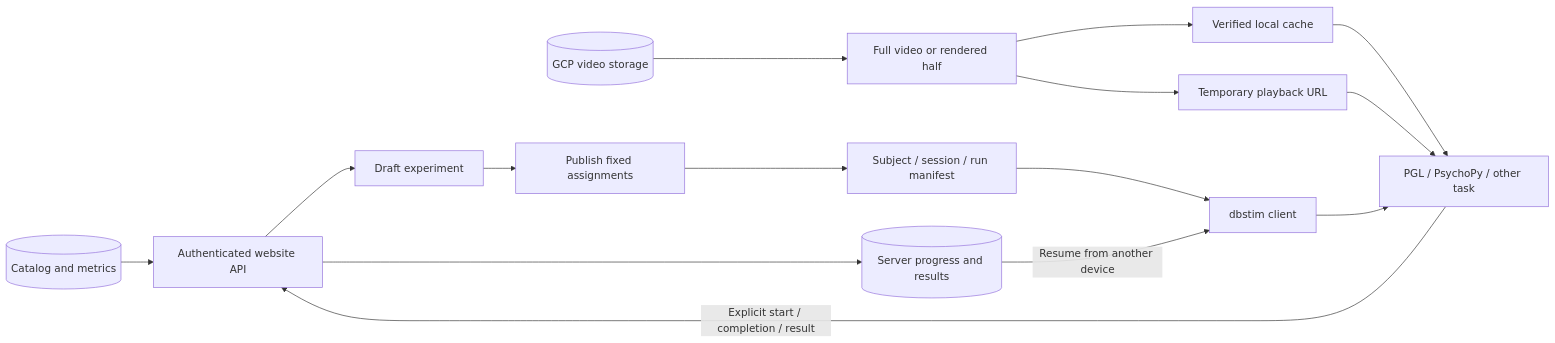
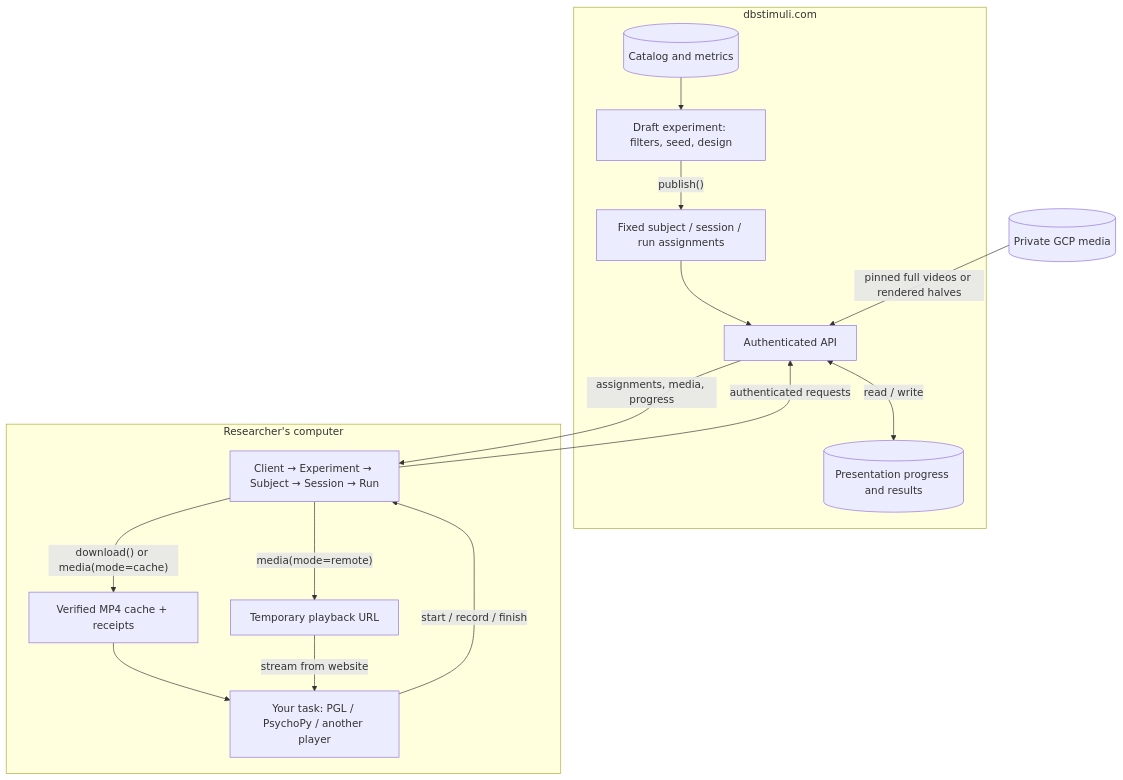
Before and after one commit to StanfordDigitalBrainProject/dbstim: the first of 2 diagrams in docs/server-to-local-flow.md, drawn with Mermaid. The commit also changed other lines of this file and 1 other file, not shown here.

Commit message:
Document dbstim objects, media flow and session recovery

````diff
--- a/docs/server-to-local-flow.md
+++ b/docs/server-to-local-flow.md
@@ -3,17 +9,23 @@
 ```mermaid
-flowchart LR
-    Catalog[(Catalog and metrics)] --> API[Authenticated website API]
-    API --> Draft[Draft experiment]
-    Draft --> Publish[Publish fixed assignments]
-    Publish --> Manifest[Subject / session / run manifest]
-    Manifest --> SDK[dbstim client]
-    GCP[(GCP video storage)] --> Render[Full video or rendered half]
-    Render --> Local[Verified local cache]
-    Render --> Remote[Temporary playback URL]
-    Local --> Task[PGL / PsychoPy / other task]
-    Remote --> Task
-    SDK --> Task
-    Task -->|Explicit start / completion / result| API
-    API --> Events[(Server progress and results)]
-    Events -->|Resume from another device| SDK
+flowchart TB
+    subgraph Server["dbstimuli.com"]
+        Catalog[(Catalog and metrics)] --> Draft["Draft experiment: filters, seed, design"]
+        Draft -->|"publish()"| Manifest["Fixed subject / session / run assignments"]
+        Manifest --> API["Authenticated API"]
+        API <-->|"read / write"| Progress[(Presentation progress and results)]
+    end
+    GCP[(Private GCP media)] -->|"pinned full videos or rendered halves"| API
+    subgraph Computer["Researcher's computer"]
+        SDK["Client → Experiment → Subject → Session → Run"]
+        Local["Verified MP4 cache + receipts"]
+        Remote["Temporary playback URL"]
+        Task["Your task: PGL / PsychoPy / another player"]
+        SDK -->|"download() or media(mode=cache)"| Local
+        SDK -->|"media(mode=remote)"| Remote
+        Local --> Task
+        Remote -->|"stream from website"| Task
+        Task -->|"start / record / finish"| SDK
+    end
+    API -->|"assignments, media, progress"| SDK
+    SDK -->|"authenticated requests"| API
 ```
````
